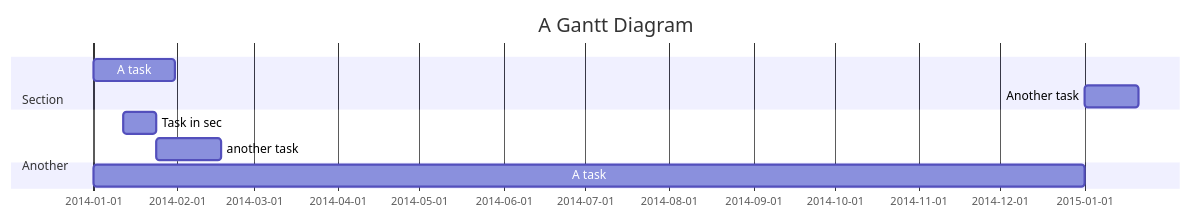
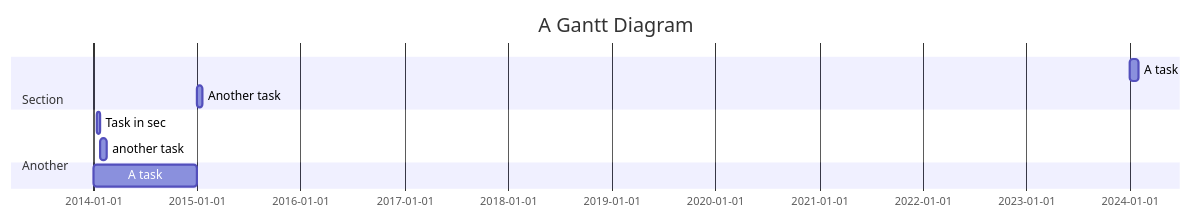
The diagram in all/Code Gantt Chart.md (z9wen/iodraw-files), drawn with Mermaid before and after one commit.

Commit message:
2024-03-29 10:56:55 update

````diff
--- a/all/Code Gantt Chart.md
+++ b/all/Code Gantt Chart.md
@@ -1,13 +1,13 @@
 ```mermaid
 gantt
     title A Gantt Diagram
     dateFormat  YYYY-MM-DD
     section Section
-    A task           :a1, 2014-01-01, 30d
+    A task           :a1, 2024-01-01, 30d
     Another task     :after a1  , 20d
     section Another
     Task in sec      :2014-01-12  , 12d
     another task      : 24d
     section Section
     A task           :a1, 2014-01-01, 365d
 ```
````
